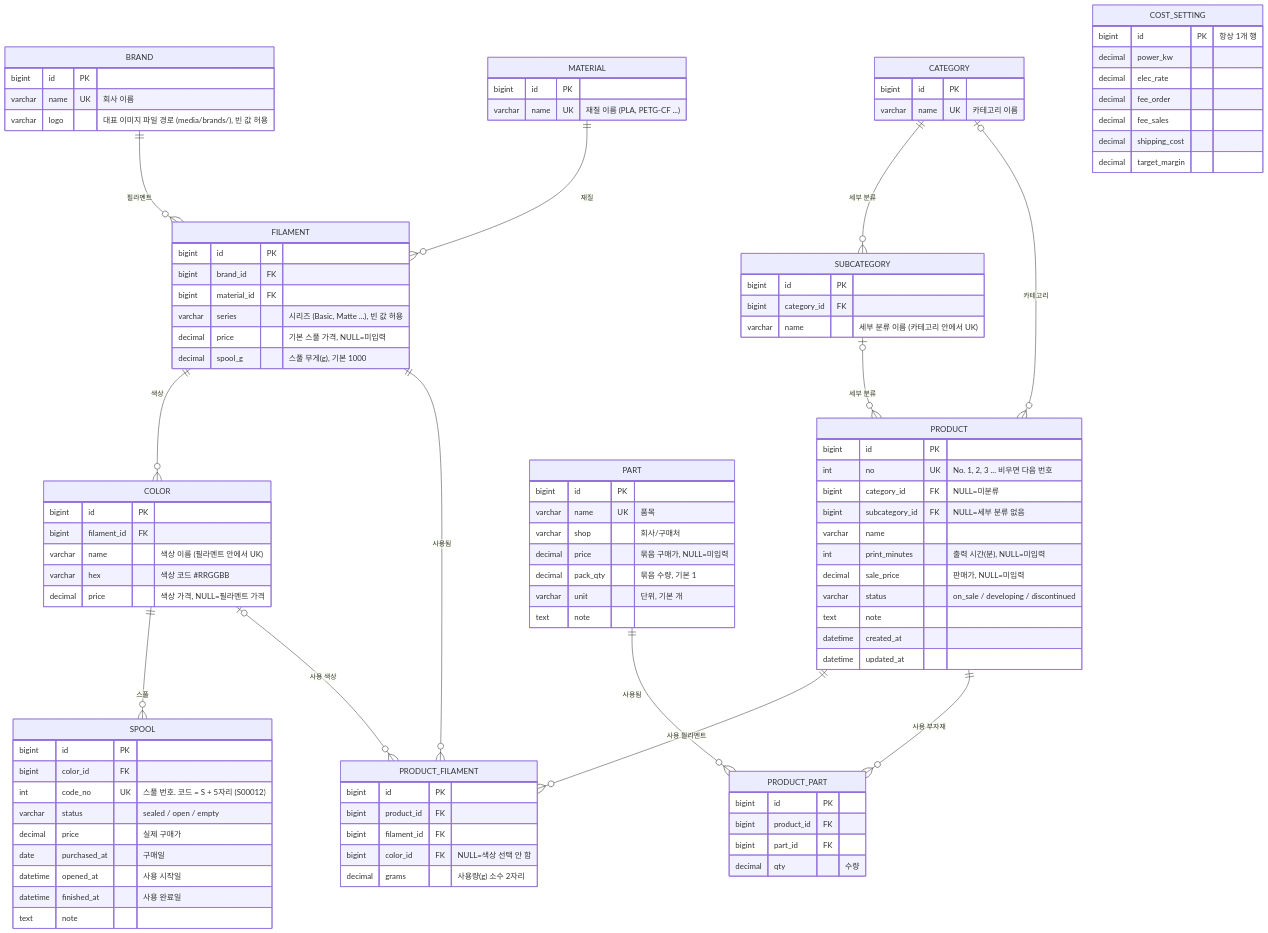
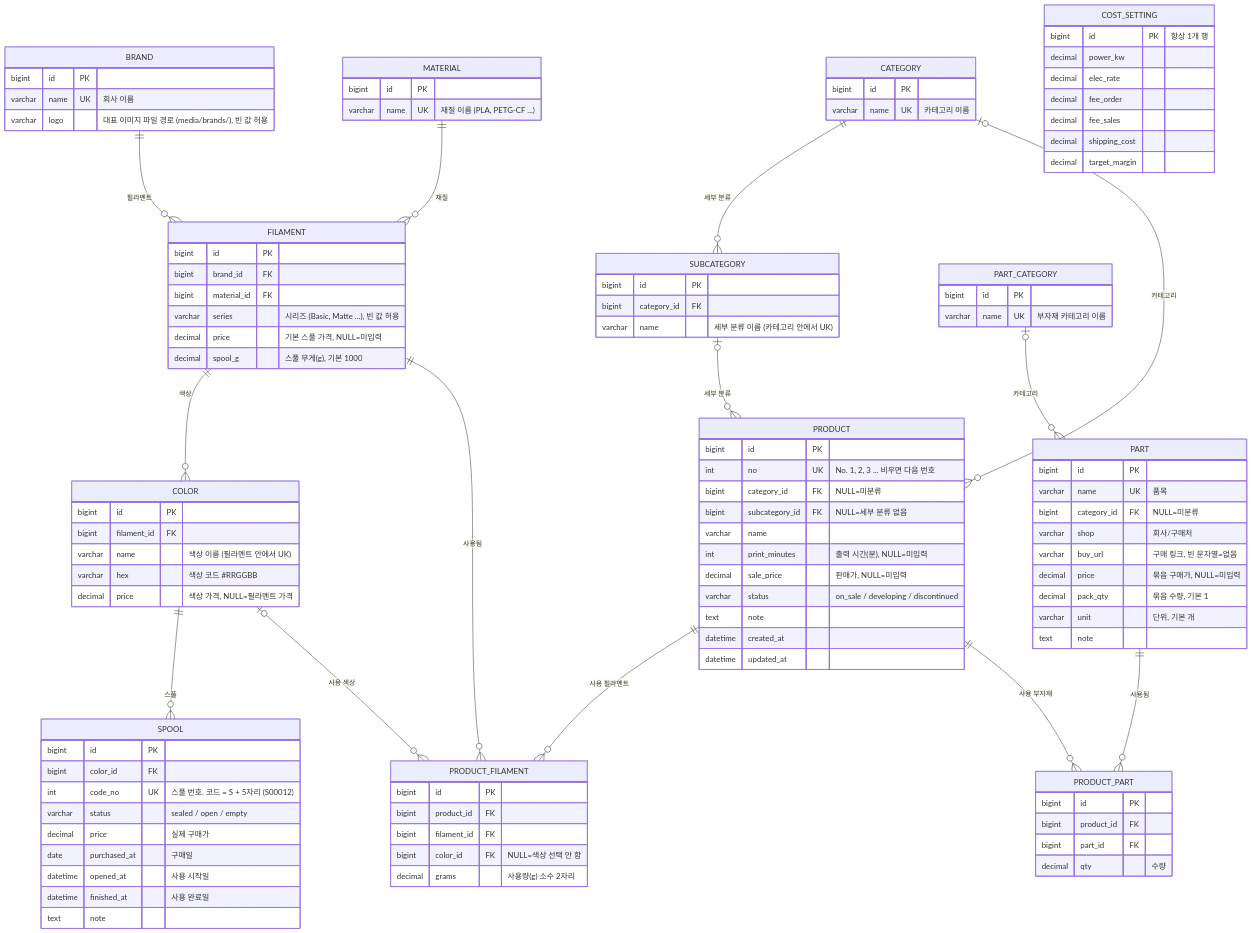
Before and after one commit to probeV/3D-Farm-Farm: the diagram in docs/ERD.md, drawn with Mermaid. The commit also changed other lines of this file and 31 other files, not shown here.

First line of the commit message:
feat: 부자재 — 카테고리 · 구매 링크 · 제품의 부자재 바꾸기 (v1.1.0)

```diff
--- a/docs/ERD.md
+++ b/docs/ERD.md
@@ -18,6 +18,7 @@
     COLOR |o--o{ PRODUCT_FILAMENT : "사용 색상"
     PRODUCT ||--o{ PRODUCT_PART : "사용 부자재"
     PART ||--o{ PRODUCT_PART : "사용됨"
+    PART_CATEGORY |o--o{ PART : "카테고리"
 
     BRAND {
         bigint id PK
@@ -54,10 +55,16 @@
         datetime finished_at "사용 완료일"
         text note
     }
+    PART_CATEGORY {
+        bigint id PK
+        varchar name UK "부자재 카테고리 이름"
+    }
     PART {
         bigint id PK
         varchar name UK "품목"
+        bigint category_id FK "NULL=미분류"
         varchar shop "회사/구매처"
+        varchar buy_url "구매 링크, 빈 문자열=없음"
         decimal price "묶음 구매가, NULL=미입력"
         decimal pack_qty "묶음 수량, 기본 1"
         varchar unit "단위, 기본 개"
```
